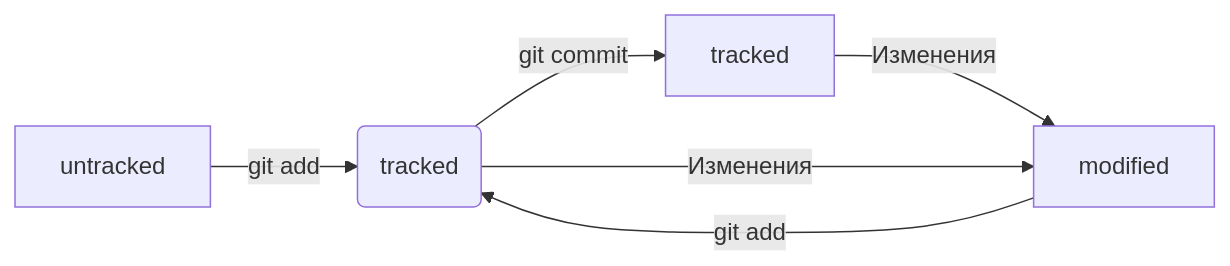
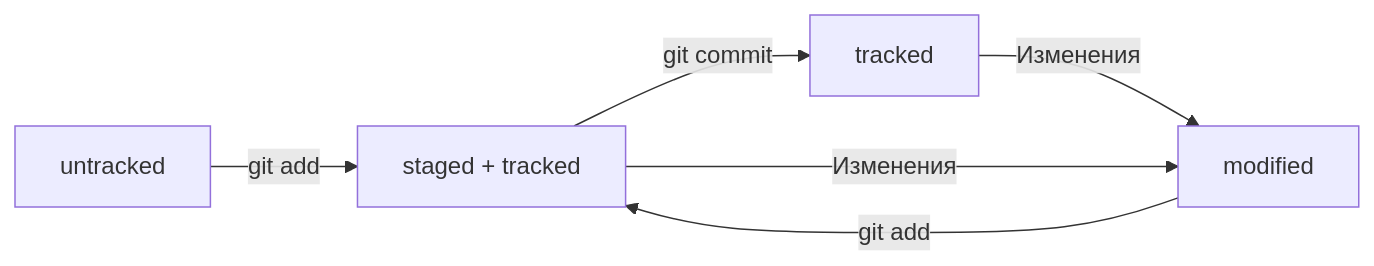
One commit to sergeychr/git_start changed the diagram in README.md. Above: the diagram before and after it, drawn with Mermaid. The commit also changed other lines of this file, not shown here.

Commit message:
Улучшить схему жизни файла

````diff
--- a/README.md
+++ b/README.md
@@ -158,8 +159,8 @@
 ```mermaid
-graph LR;
-	untracked -- "git add" --> staged(tracked);
-	staged(tracked) -- "git commit" --> tracked;
-	tracked -- "Изменения" --> modified;
-	modified -- "git add" --> staged(tracked);
-	staged(tracked) -- "Изменения" --> modified;
+flowchart LR;
+	A[untracked] -- "git add" --> B[staged + tracked];
+	B[staged + tracked] -- "git commit" --> C[tracked];
+	C[tracked] -- "Изменения" --> D[modified];
+	D[modified] -- "git add" --> B[staged + tracked];
+	B[staged + tracked] -- "Изменения" --> D[modified];
 ```
````
